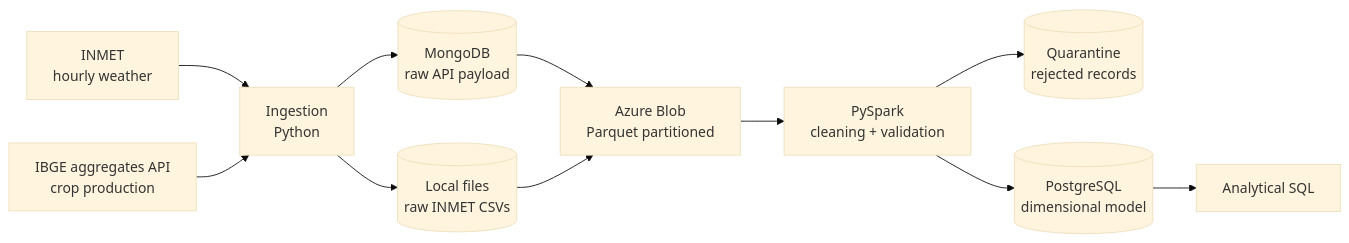
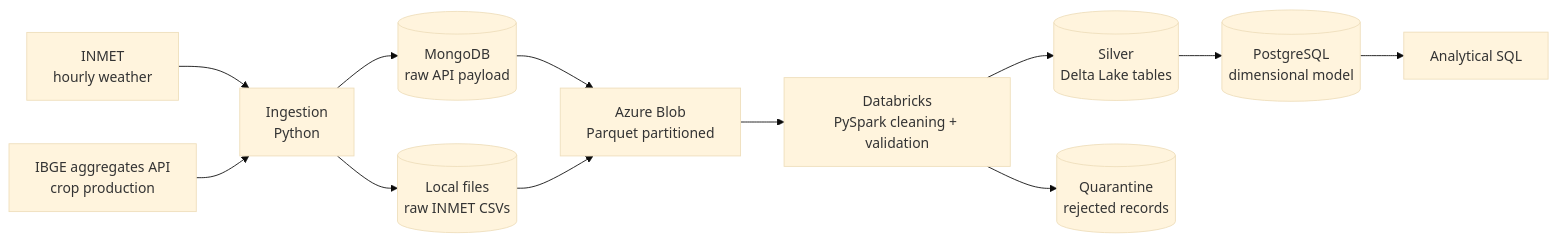
One commit to renan-almeidaa/pipeline-agroclima changed the diagram in README.md. Above: the diagram before and after it, drawn with Mermaid (base theme). The commit also changed other lines of this file, not shown here.

Commit message:
docs: add Databricks and Delta Lake to silver layer, add limitations section"

````diff
--- a/README.md
+++ b/README.md
@@ -9,13 +9,14 @@
 ```mermaid
 flowchart LR
     INMET[INMET<br/>hourly weather] --> ING[Ingestion<br/>Python]
     IBGE[IBGE aggregates API<br/>crop production] --> ING
     ING --> MONGO[(MongoDB<br/>raw API payload)]
     ING --> CSV[(Local files<br/>raw INMET CSVs)]
     MONGO --> BRONZE[Azure Blob<br/>Parquet partitioned]
     CSV --> BRONZE
-    BRONZE --> SILVER[PySpark<br/>cleaning + validation]
-    SILVER --> QUAR[(Quarantine<br/>rejected records)]
+    BRONZE --> SPARK[Databricks<br/>PySpark cleaning + validation]
+    SPARK --> SILVER[(Silver<br/>Delta Lake tables)]
+    SPARK --> QUAR[(Quarantine<br/>rejected records)]
     SILVER --> GOLD[(PostgreSQL<br/>dimensional model)]
     GOLD --> SQL[Analytical SQL]
 ```
````
